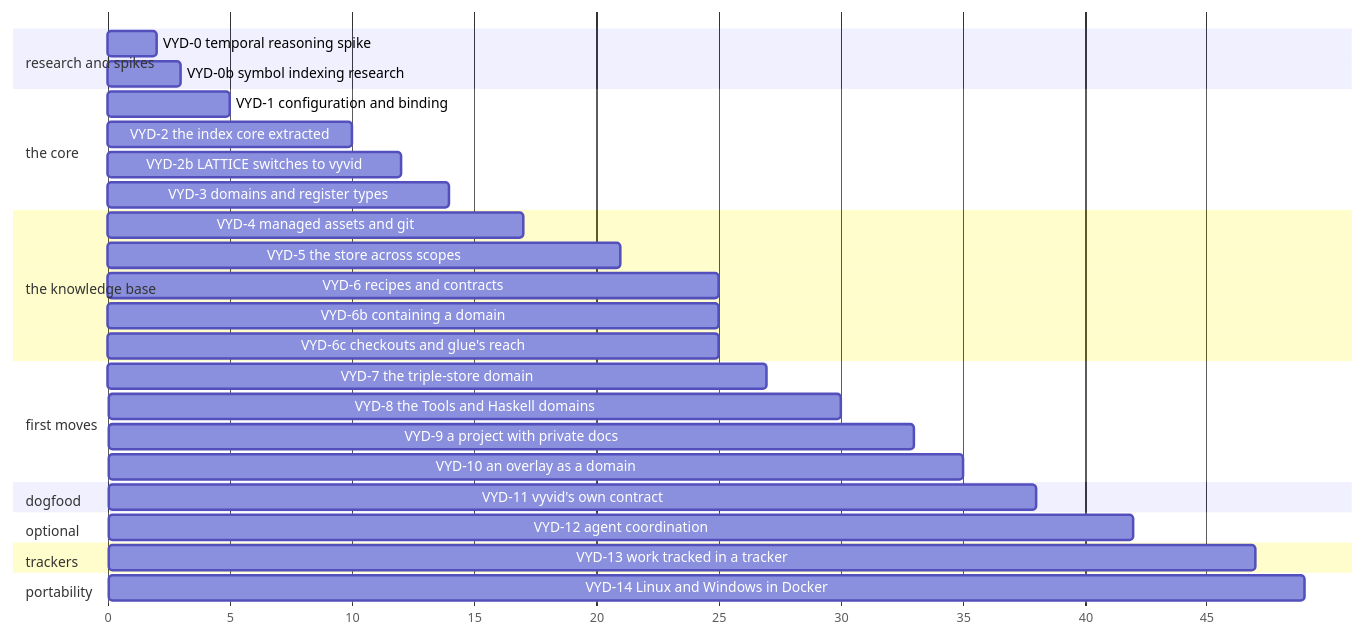
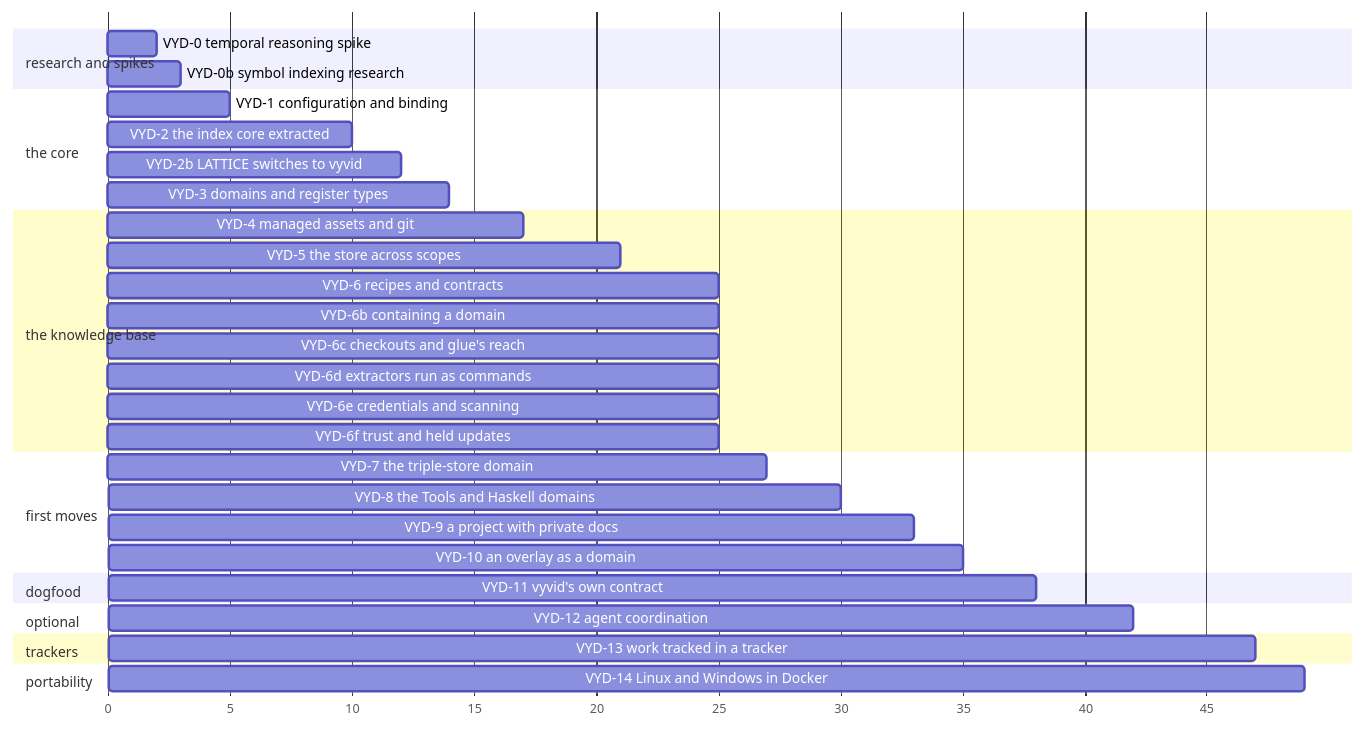
Before and after one commit to nebularis/vyvid: the diagram in docs/developer/plans/vyvid-framework.md, drawn with Mermaid. The commit also changed other lines of this file and 2 other files, not shown here.

Commit message:
Mark VYD-6d building, and plan VYD-6e and VYD-6f ahead of VYD-7

````diff
--- a/docs/developer/plans/vyvid-framework.md
+++ b/docs/developer/plans/vyvid-framework.md
@@ -17,32 +17,35 @@
 ```mermaid
 gantt
   dateFormat X
   axisFormat %s
   section research and spikes
   VYD-0 temporal reasoning spike      :s0, 0, 2
   VYD-0b symbol indexing research     :s0b, 0, 3
   section the core
   VYD-1 configuration and binding     :s1, 2, 5
   VYD-2 the index core extracted      :s2, 5, 10
   VYD-2b LATTICE switches to vyvid    :s2b, 10, 12
   VYD-3 domains and register types    :s3, 10, 14
   section the knowledge base
   VYD-4 managed assets and git        :s4, 14, 17
   VYD-5 the store across scopes       :s5, 17, 21
   VYD-6 recipes and contracts         :s6, 21, 25
   VYD-6b containing a domain          :s6b, 25, 25
   VYD-6c checkouts and glue's reach   :s6c, 25, 25
+  VYD-6d extractors run as commands   :s6d, 25, 25
+  VYD-6e credentials and scanning     :s6e, 25, 25
+  VYD-6f trust and held updates       :s6f, 25, 25
   section first moves
   VYD-7 the triple-store domain       :s7, 25, 27
   VYD-8 the Tools and Haskell domains :s8, 27, 30
   VYD-9 a project with private docs   :s9, 30, 33
   VYD-10 an overlay as a domain      :s10, 33, 35
   section dogfood
   VYD-11 vyvid's own contract         :s11, 35, 38
   section optional
   VYD-12 agent coordination           :s12, 38, 42
   section trackers
   VYD-13 work tracked in a tracker    :s13, 42, 47
   section portability
   VYD-14 Linux and Windows in Docker  :s14, 47, 49
 ```
````
